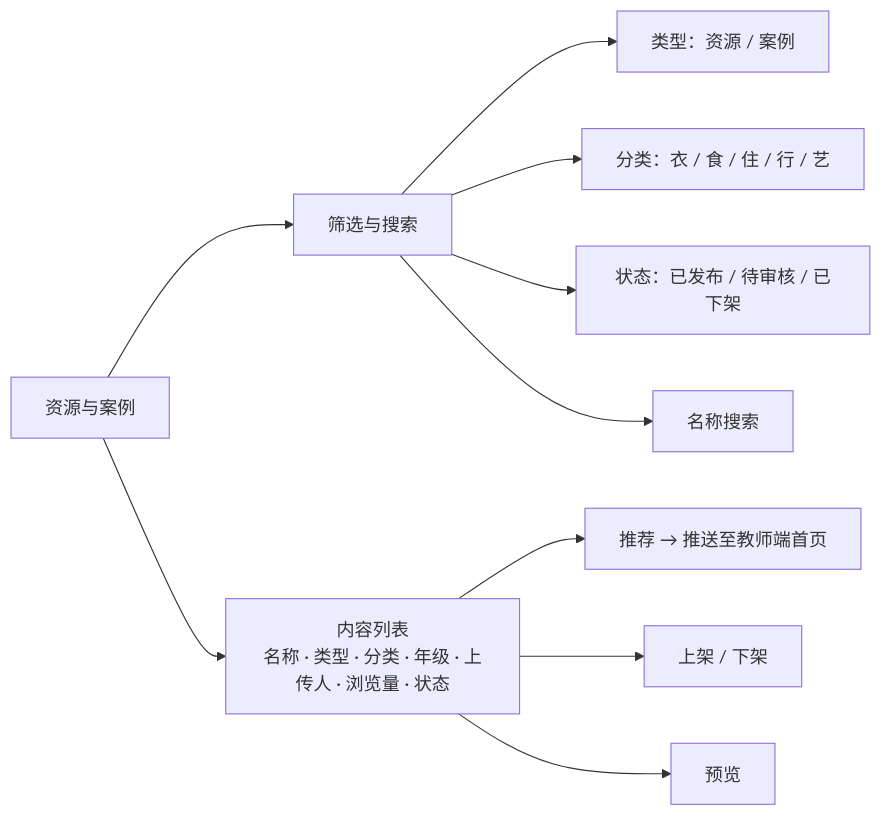
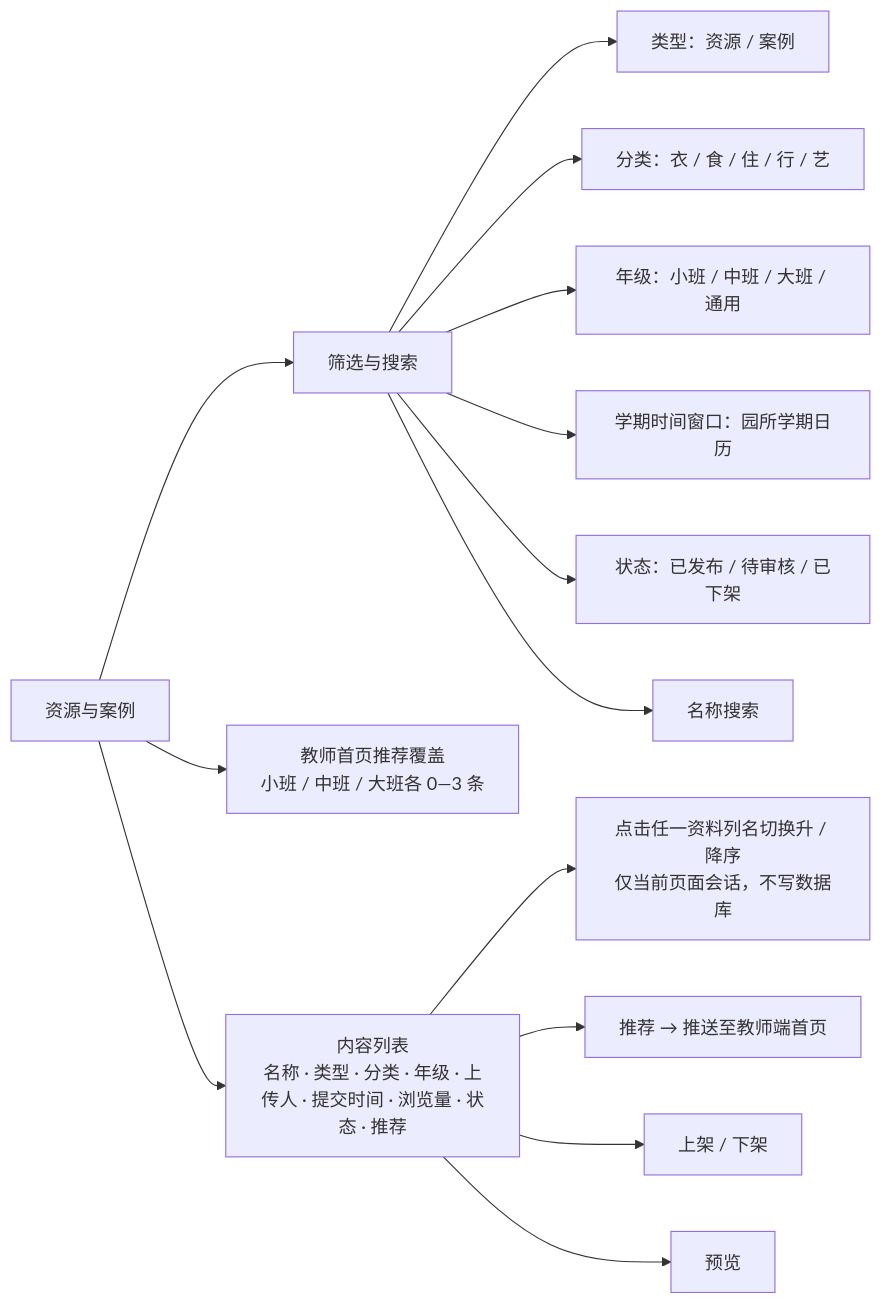
Before and after one commit to Chao0s/hualong-admin-pc: the fourth of 11 diagrams in docs/信息架构.md, drawn with Mermaid. The commit also changed other lines of this file and 6 other files, not shown here.

````diff
--- a/docs/信息架构.md
+++ b/docs/信息架构.md
@@ -100,15 +100,19 @@
 ```mermaid
 flowchart LR
     Library["资源与案例"]
 
     Library --> LibFilter["筛选与搜索"]
     LibFilter --> LF1["类型：资源 / 案例"]
     LibFilter --> LF2["分类：衣 / 食 / 住 / 行 / 艺"]
-    LibFilter --> LF3["状态：已发布 / 待审核 / 已下架"]
-    LibFilter --> LF4["名称搜索"]
+    LibFilter --> LF3["年级：小班 / 中班 / 大班 / 通用"]
+    LibFilter --> LF4["学期时间窗口：园所学期日历"]
+    LibFilter --> LF5["状态：已发布 / 待审核 / 已下架"]
+    LibFilter --> LF6["名称搜索"]
 
-    Library --> LibTable["内容列表<br/>名称 · 类型 · 分类 · 年级 · 上传人 · 浏览量 · 状态"]
+    Library --> Coverage["教师首页推荐覆盖<br/>小班 / 中班 / 大班各 0—3 条"]
+    Library --> LibTable["内容列表<br/>名称 · 类型 · 分类 · 年级 · 上传人 · 提交时间 · 浏览量 · 状态 · 推荐"]
+    LibTable --> LibSort["点击任一资料列名切换升 / 降序<br/>仅当前页面会话，不写数据库"]
     LibTable --> LibRec["推荐 → 推送至教师端首页"]
     LibTable --> LibShelf["上架 / 下架"]
     LibTable --> LibPreview["预览"]
 ```
````
